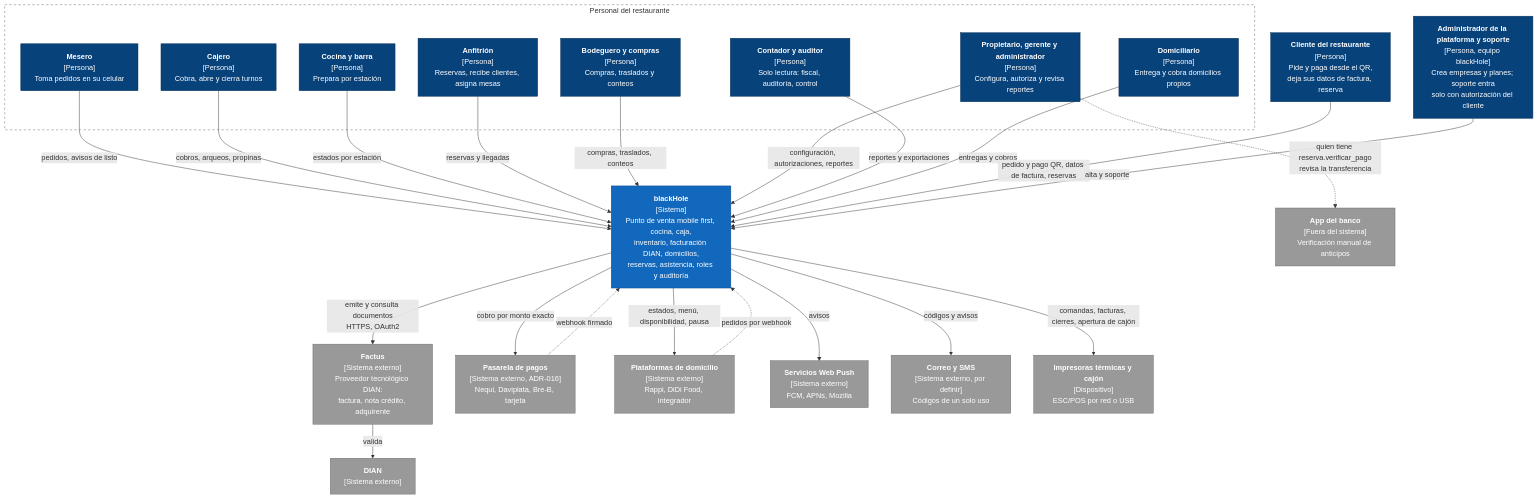
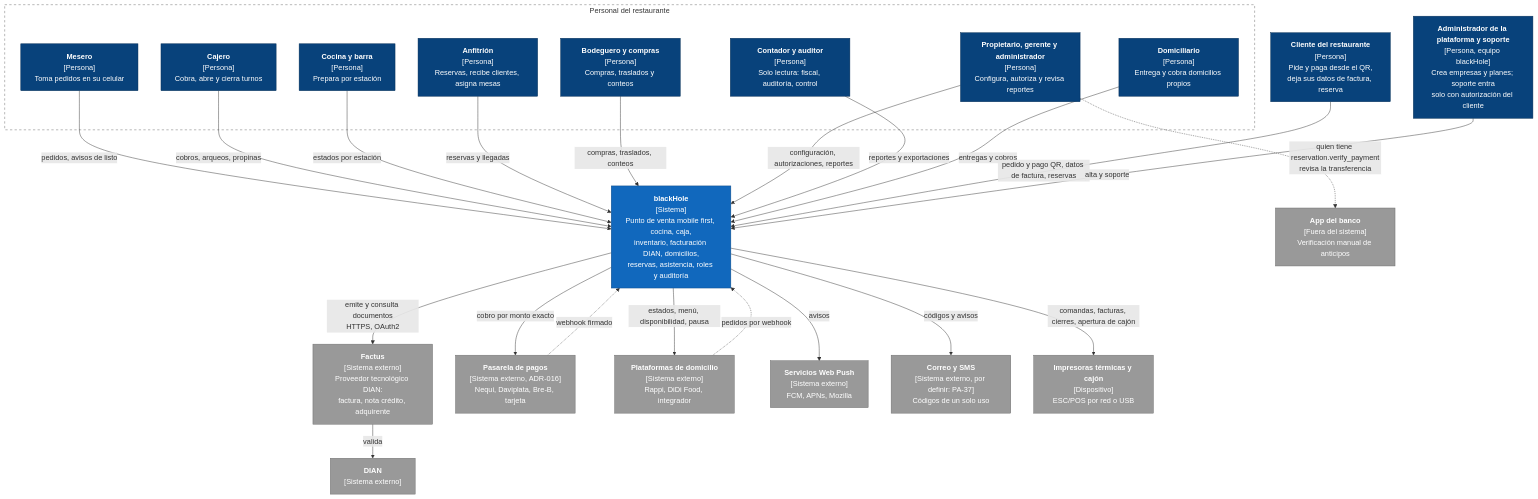
One commit to CesarJOtizM/blackHole changed the first of 4 diagrams in docs/arquitectura/c4-contexto-y-contenedores.md. Above: the diagram before and after it, drawn with Mermaid. The commit also changed other lines of this file and 159 other files, not shown here.

````diff
--- a/docs/arquitectura/c4-contexto-y-contenedores.md
+++ b/docs/arquitectura/c4-contexto-y-contenedores.md
@@ -14,54 +15,54 @@
 ```mermaid
 flowchart TB
   subgraph Personal["Personal del restaurante"]
     MES["<b>Mesero</b><br/>[Persona]<br/>Toma pedidos en su celular"]:::persona
     CAJ["<b>Cajero</b><br/>[Persona]<br/>Cobra, abre y cierra turnos"]:::persona
     COC["<b>Cocina y barra</b><br/>[Persona]<br/>Prepara por estación"]:::persona
     ANF["<b>Anfitrión</b><br/>[Persona]<br/>Reservas, recibe clientes, asigna mesas"]:::persona
     BOD["<b>Bodeguero y compras</b><br/>[Persona]<br/>Compras, traslados y conteos"]:::persona
     ADM["<b>Propietario, gerente y administrador</b><br/>[Persona]<br/>Configura, autoriza y revisa reportes"]:::persona
     CON["<b>Contador y auditor</b><br/>[Persona]<br/>Solo lectura: fiscal, auditoría, control"]:::persona
     DOM["<b>Domiciliario</b><br/>[Persona]<br/>Entrega y cobra domicilios propios"]:::persona
   end
 
   CLI["<b>Cliente del restaurante</b><br/>[Persona]<br/>Pide y paga desde el QR,<br/>deja sus datos de factura, reserva"]:::persona
   SOP["<b>Administrador de la plataforma y soporte</b><br/>[Persona, equipo blackHole]<br/>Crea empresas y planes; soporte entra<br/>solo con autorización del cliente"]:::persona
 
   BH["<b>blackHole</b><br/>[Sistema]<br/>Punto de venta mobile first, cocina, caja,<br/>inventario, facturación DIAN, domicilios,<br/>reservas, asistencia, roles y auditoría"]:::sistema
 
   FAC["<b>Factus</b><br/>[Sistema externo]<br/>Proveedor tecnológico DIAN:<br/>factura, nota crédito, adquirente"]:::externo
   DIAN["<b>DIAN</b><br/>[Sistema externo]"]:::externo
   PAS["<b>Pasarela de pagos</b><br/>[Sistema externo, ADR-016]<br/>Nequi, Daviplata, Bre-B, tarjeta"]:::externo
   PLAT["<b>Plataformas de domicilio</b><br/>[Sistema externo]<br/>Rappi, DiDi Food, integrador"]:::externo
   PUSH["<b>Servicios Web Push</b><br/>[Sistema externo]<br/>FCM, APNs, Mozilla"]:::externo
-  MSG["<b>Correo y SMS</b><br/>[Sistema externo, por definir]<br/>Códigos de un solo uso"]:::externo
+  MSG["<b>Correo y SMS</b><br/>[Sistema externo, por definir: PA-37]<br/>Códigos de un solo uso"]:::externo
   IMP["<b>Impresoras térmicas y cajón</b><br/>[Dispositivo]<br/>ESC/POS por red o USB"]:::externo
   BANCO["<b>App del banco</b><br/>[Fuera del sistema]<br/>Verificación manual de anticipos"]:::externo
 
   MES -- "pedidos, avisos de listo" --> BH
   CAJ -- "cobros, arqueos, propinas" --> BH
   COC -- "estados por estación" --> BH
   ANF -- "reservas y llegadas" --> BH
   BOD -- "compras, traslados, conteos" --> BH
   ADM -- "configuración, autorizaciones, reportes" --> BH
   CON -- "reportes y exportaciones" --> BH
   DOM -- "entregas y cobros" --> BH
   CLI -- "pedido y pago QR, datos de factura, reservas" --> BH
   SOP -- "alta y soporte" --> BH
 
   BH -- "emite y consulta documentos<br/>HTTPS, OAuth2" --> FAC
   FAC -- "valida" --> DIAN
   BH -- "cobro por monto exacto" --> PAS
   PAS -. "webhook firmado" .-> BH
   PLAT -. "pedidos por webhook" .-> BH
   BH -- "estados, menú, disponibilidad, pausa" --> PLAT
   BH -- "avisos" --> PUSH
   BH -- "códigos y avisos" --> MSG
   BH -- "comandas, facturas, cierres, apertura de cajón" --> IMP
-  ADM -. "quien tiene reserva.verificar_pago<br/>revisa la transferencia" .-> BANCO
+  ADM -. "quien tiene reservation.verify_payment<br/>revisa la transferencia" .-> BANCO
 
   classDef persona fill:#08427b,stroke:#052e56,color:#fff
   classDef sistema fill:#1168bd,stroke:#0b4884,color:#fff
   classDef externo fill:#999999,stroke:#6b6b6b,color:#fff
   style Personal fill:none,stroke:#666,stroke-dasharray: 5 5
 ```
````
